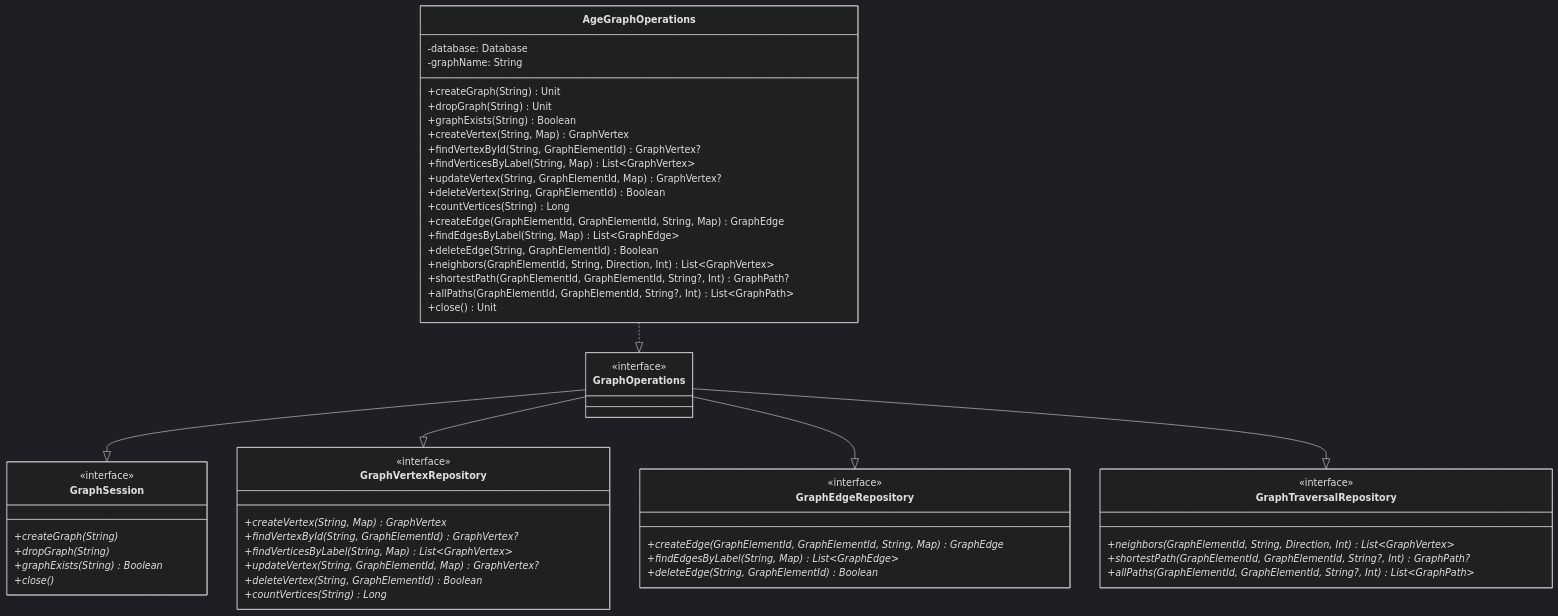
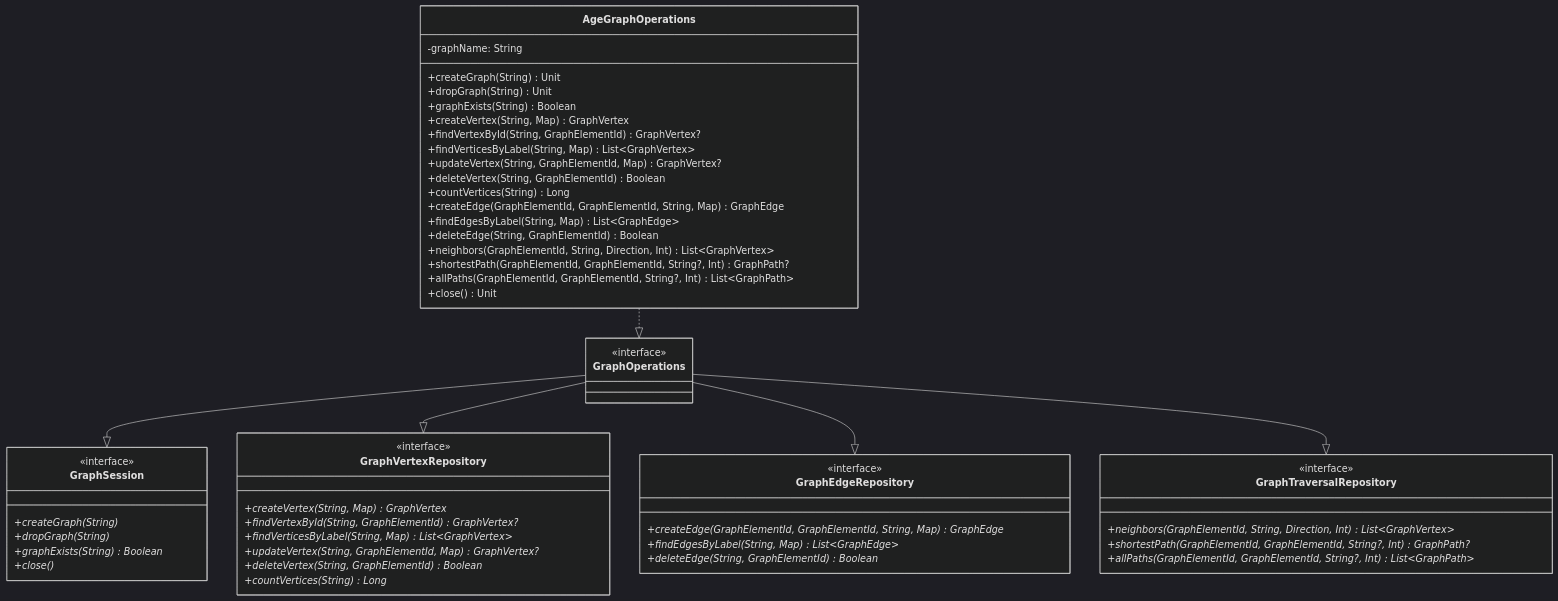
Before and after one commit to bluetape4k/bluetape4k-graph: the third of 12 diagrams in graph/graph-age/README.ko.md, drawn with Mermaid (dark theme). The commit also changed other lines of this file and 12 other files, not shown here.

````diff
--- a/graph/graph-age/README.ko.md
+++ b/graph/graph-age/README.ko.md
@@ -71,65 +71,64 @@
 ```mermaid
 classDiagram
     class GraphOperations {
         <<interface>>
     }
 
     class GraphSession {
         <<interface>>
         +createGraph(String)*
         +dropGraph(String)*
         +graphExists(String) Boolean*
         +close()*
     }
 
     class GraphVertexRepository {
         <<interface>>
         +createVertex(String, Map) GraphVertex*
         +findVertexById(String, GraphElementId) GraphVertex?*
         +findVerticesByLabel(String, Map) List~GraphVertex~*
         +updateVertex(String, GraphElementId, Map) GraphVertex?*
         +deleteVertex(String, GraphElementId) Boolean*
         +countVertices(String) Long*
     }
 
     class GraphEdgeRepository {
         <<interface>>
         +createEdge(GraphElementId, GraphElementId, String, Map) GraphEdge*
         +findEdgesByLabel(String, Map) List~GraphEdge~*
         +deleteEdge(String, GraphElementId) Boolean*
     }
 
     class GraphTraversalRepository {
         <<interface>>
         +neighbors(GraphElementId, String, Direction, Int) List~GraphVertex~*
         +shortestPath(GraphElementId, GraphElementId, String?, Int) GraphPath?*
         +allPaths(GraphElementId, GraphElementId, String?, Int) List~GraphPath~*
     }
 
     class AgeGraphOperations {
-        -database: Database
         -graphName: String
         +createGraph(String) Unit
         +dropGraph(String) Unit
         +graphExists(String) Boolean
         +createVertex(String, Map) GraphVertex
         +findVertexById(String, GraphElementId) GraphVertex?
         +findVerticesByLabel(String, Map) List~GraphVertex~
         +updateVertex(String, GraphElementId, Map) GraphVertex?
         +deleteVertex(String, GraphElementId) Boolean
         +countVertices(String) Long
         +createEdge(GraphElementId, GraphElementId, String, Map) GraphEdge
         +findEdgesByLabel(String, Map) List~GraphEdge~
         +deleteEdge(String, GraphElementId) Boolean
         +neighbors(GraphElementId, String, Direction, Int) List~GraphVertex~
         +shortestPath(GraphElementId, GraphElementId, String?, Int) GraphPath?
         +allPaths(GraphElementId, GraphElementId, String?, Int) List~GraphPath~
         +close() Unit
     }
 
     GraphOperations --|> GraphSession
     GraphOperations --|> GraphVertexRepository
     GraphOperations --|> GraphEdgeRepository
     GraphOperations --|> GraphTraversalRepository
     AgeGraphOperations ..|> GraphOperations
 ```
````
